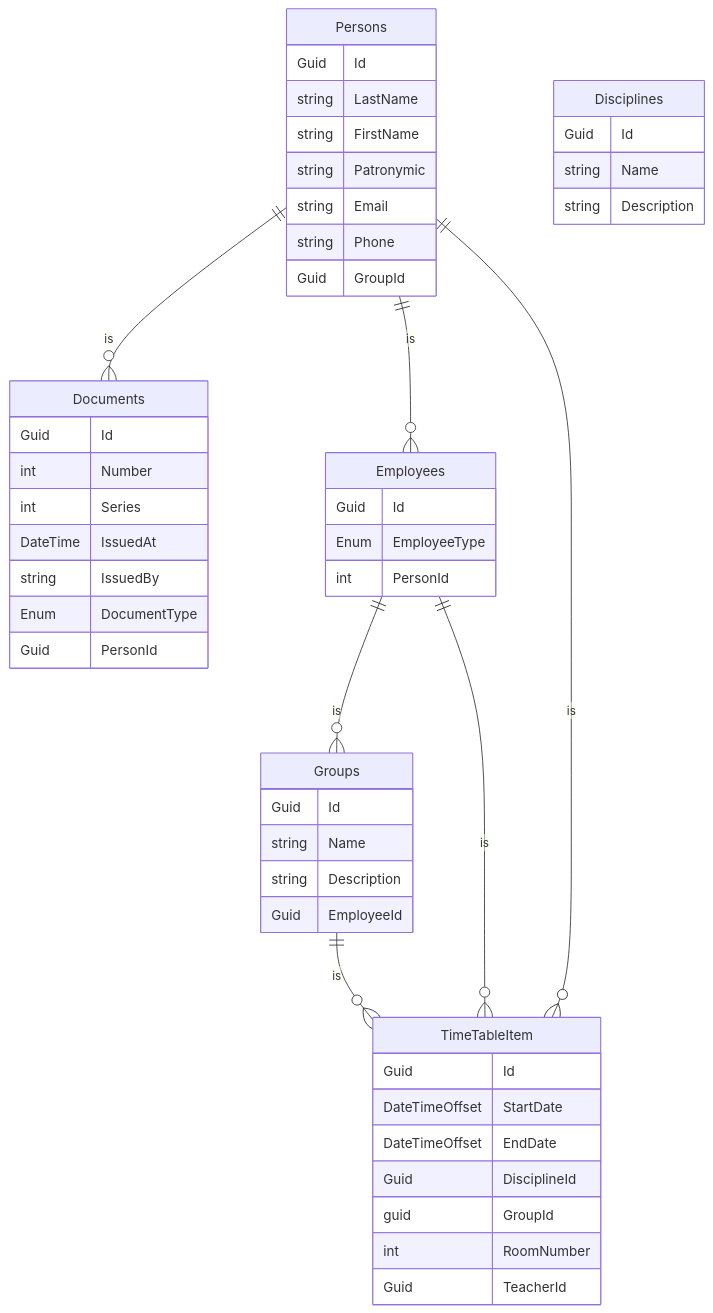
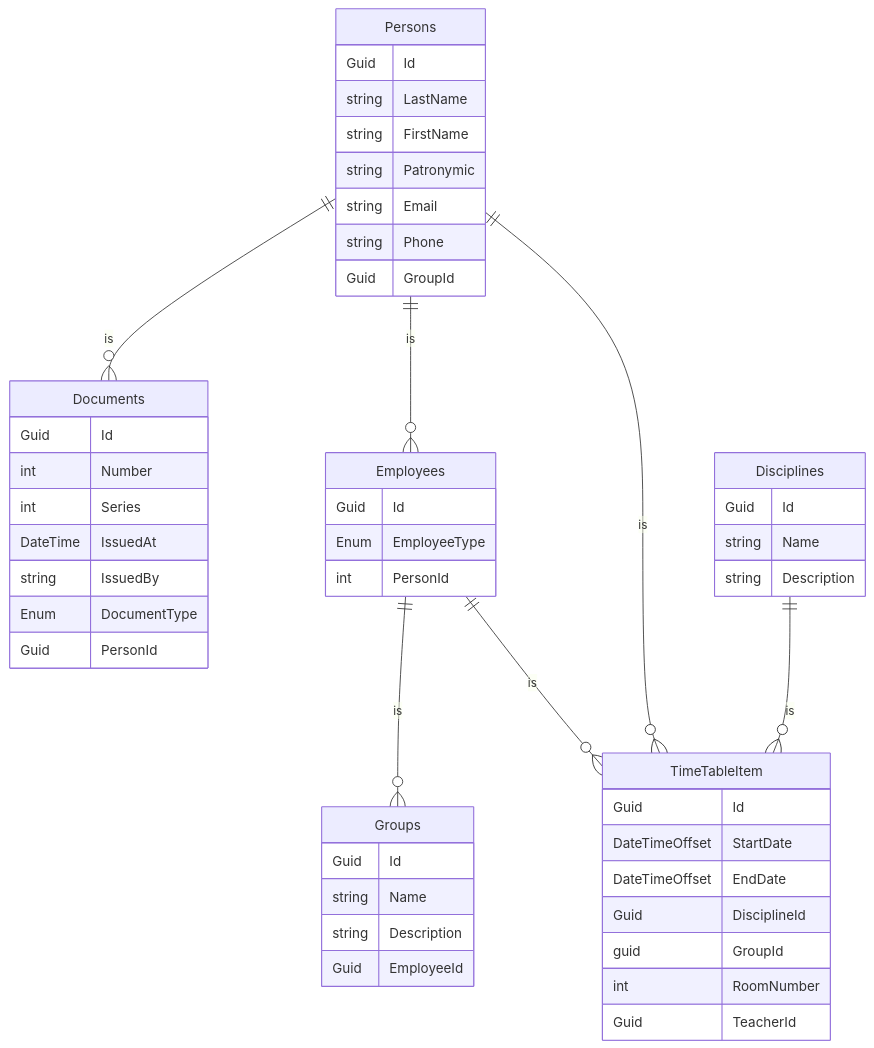
Before and after one commit to SlavaNik16/Accessories_PC_Nik_Api: the diagram in README.md, drawn with Mermaid.

````diff
--- a/README.md
+++ b/README.md
@@ -5,58 +5,58 @@
 ```mermaid
 erDiagram
 
     Persons {
         Guid Id
         string LastName
         string FirstName
         string Patronymic
         string Email
         string Phone
         Guid GroupId
     }
     
     Documents {
         Guid Id
         int Number
         int Series
         DateTime IssuedAt
         string IssuedBy
         Enum DocumentType
         Guid PersonId
     }
     
     Disciplines {
             Guid Id
             string Name
             string Description
     }
     
     Employees {
         Guid Id
         Enum EmployeeType
         int PersonId
     }
 
     Groups {
                 Guid Id
                 string Name
                 string Description
                 Guid EmployeeId
     }
 
      TimeTableItem {
             Guid Id
             DateTimeOffset StartDate
             DateTimeOffset EndDate
             Guid DisciplineId
             guid GroupId
             int RoomNumber
             Guid TeacherId
     }
     Persons ||--o{ Documents: is
     Persons ||--o{ Employees: is
     Employees ||--o{ Groups: is
-    Groups ||--o{ TimeTableItem: is
-     Persons ||--o{ TimeTableItem: is
-     Employees ||--o{ TimeTableItem: is
+    Disciplines ||--o{ TimeTableItem: is
+    Persons ||--o{ TimeTableItem: is
+    Employees ||--o{ TimeTableItem: is
 ```
````
